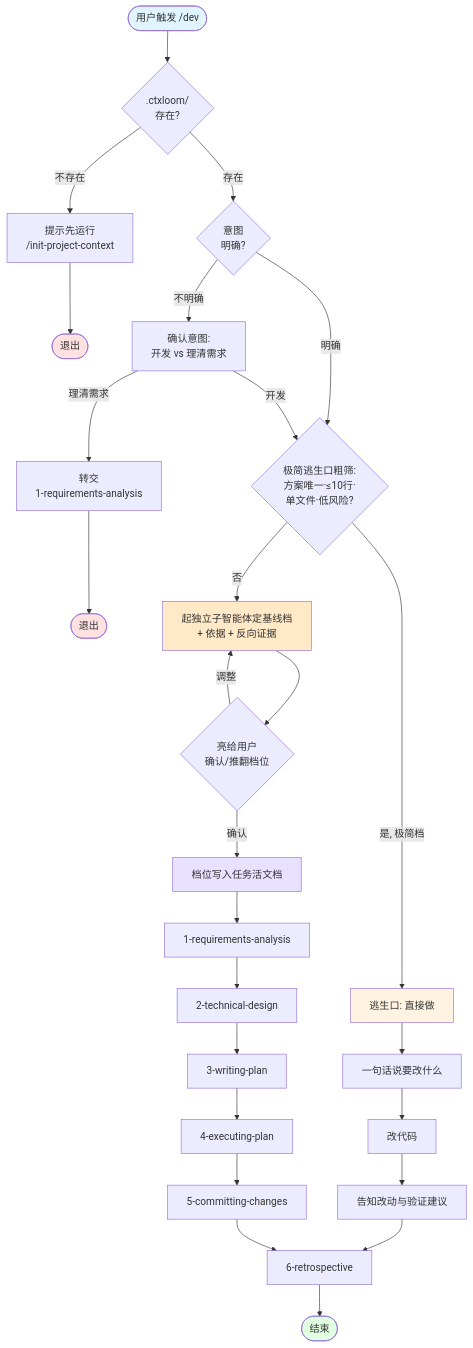
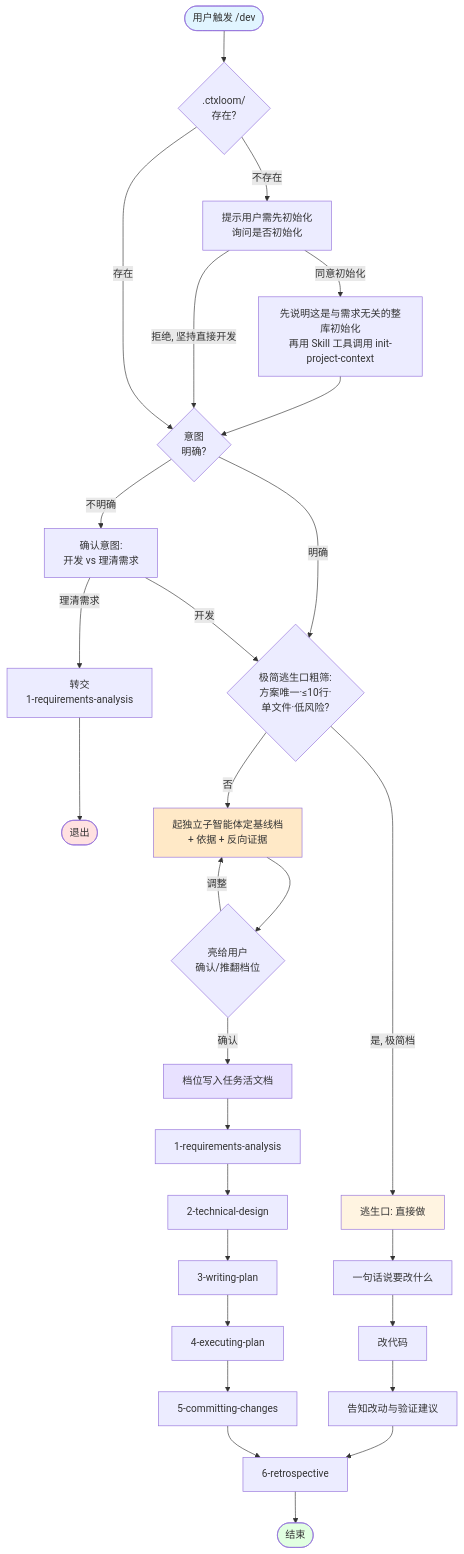
The diagram in plugins/ctxloom/skills/dev/SKILL.md (lihu-001/ctxloom), drawn with Mermaid before and after one commit. The commit also changed other lines of this file and 18 other files, not shown here.

````diff
--- a/plugins/ctxloom/skills/dev/SKILL.md
+++ b/plugins/ctxloom/skills/dev/SKILL.md
@@ -14,45 +14,46 @@
 ```mermaid
 flowchart TD
     Start([用户触发 /dev]) --> CheckCtx{.ctxloom/<br/>存在?}
 
-    CheckCtx -->|不存在| Stop1[提示先运行<br/>/init-project-context]
-    Stop1 --> End1([退出])
+    CheckCtx -->|不存在| AskInit[提示用户需先初始化<br/>询问是否初始化]
+    AskInit -->|同意初始化| CallInit[先说明这是与需求无关的整库初始化<br/>再用 Skill 工具调用 init-project-context]
+    CallInit --> CheckIntent
+    AskInit -->|拒绝, 坚持直接开发| CheckIntent
 
     CheckCtx -->|存在| CheckIntent{意图<br/>明确?}
 
     CheckIntent -->|明确| Triv
     CheckIntent -->|不明确| Confirm[确认意图:<br/>开发 vs 理清需求]
 
     Confirm -->|理清需求| Req[转交<br/>1-requirements-analysis]
     Req --> End2([退出])
 
     Confirm -->|开发| Triv{极简逃生口粗筛:<br/>方案唯一·≤10行·<br/>单文件·低风险?}
 
     Triv -->|是, 极简档| Mini[逃生口: 直接做]
     Mini --> M1[一句话说要改什么]
     M1 --> M2[改代码]
     M2 --> M3[告知改动与验证建议]
     M3 --> Retro
 
     Triv -->|否| Grade[起独立子智能体定基线档<br/>+ 依据 + 反向证据]
     Grade --> Confirm2{亮给用户<br/>确认/推翻档位}
     Confirm2 -->|调整| Grade
     Confirm2 -->|确认| WriteDoc[档位写入任务活文档]
 
     WriteDoc --> L1[1-requirements-analysis]
     L1 --> L2[2-technical-design]
     L2 --> L3[3-writing-plan]
     L3 --> L4[4-executing-plan]
     L4 --> L5[5-committing-changes]
     L5 --> Retro
 
     Retro[6-retrospective] --> End3([结束])
 
     style Start fill:#e1f5ff
-    style End1 fill:#ffe1e1
     style End2 fill:#ffe1e1
     style End3 fill:#e1ffe1
     style Mini fill:#fff4e1
     style Grade fill:#ffe9c7
     style WriteDoc fill:#e8e1ff
 ```
````
